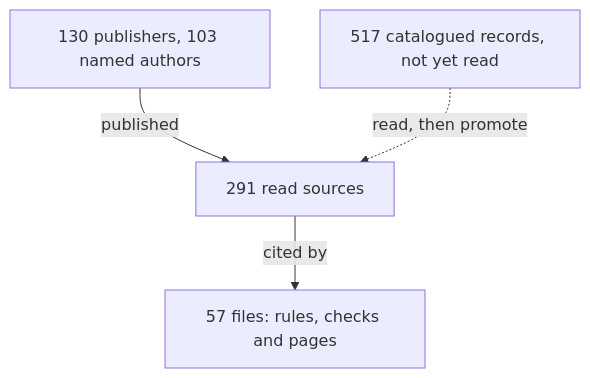
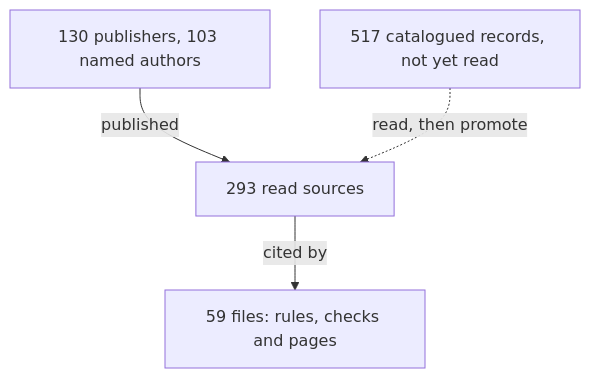
Before and after one commit to Valpatel/cad-agent: the diagram in docs/practice/experts.md, drawn with Mermaid. The commit also changed other lines of this file and 3 other files, not shown here.

````diff
--- a/docs/practice/experts.md
+++ b/docs/practice/experts.md
@@ -6,7 +6,7 @@
 ```mermaid
 flowchart TD
-  P["130 publishers, 103 named authors"] -->|published| S["291 read sources"]
-  S -->|cited by| U["57 files: rules, checks and pages"]
+  P["130 publishers, 103 named authors"] -->|published| S["293 read sources"]
+  S -->|cited by| U["59 files: rules, checks and pages"]
   C["517 catalogued records, not yet read"] -.->|read, then promote| S
   class S here
 ```
````
